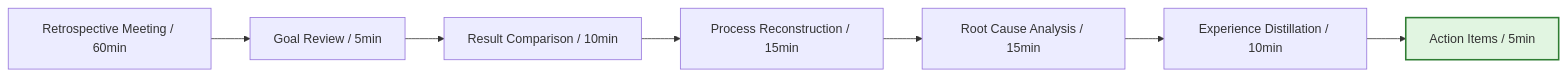
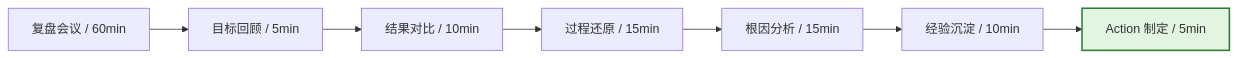
Before and after one commit to Kirky-X/cangjie: the ninth of 9 diagrams in templates/Product/Operations/Template-Operations-Manual.md, drawn with Mermaid. The commit also changed other lines of this file and 33 other files, not shown here.

````diff
--- a/templates/Product/Operations/Template-Operations-Manual.md
+++ b/templates/Product/Operations/Template-Operations-Manual.md
@@ -458,11 +458,11 @@
 ```mermaid
 flowchart LR
-    A[Retrospective Meeting / 60min] --> B[Goal Review / 5min]
-    B --> C[Result Comparison / 10min]
-    C --> D[Process Reconstruction / 15min]
-    D --> E[Root Cause Analysis / 15min]
-    E --> F[Experience Distillation / 10min]
-    F --> G[Action Items / 5min]
+    A[复盘会议 / 60min] --> B[目标回顾 / 5min]
+    B --> C[结果对比 / 10min]
+    C --> D[过程还原 / 15min]
+    D --> E[根因分析 / 15min]
+    E --> F[经验沉淀 / 10min]
+    F --> G[Action 制定 / 5min]
 
     style G fill:#e1f5e1,stroke:#2e7d32,stroke-width:2px
 ```
````
